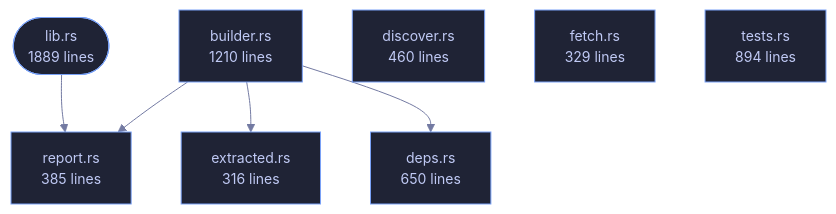
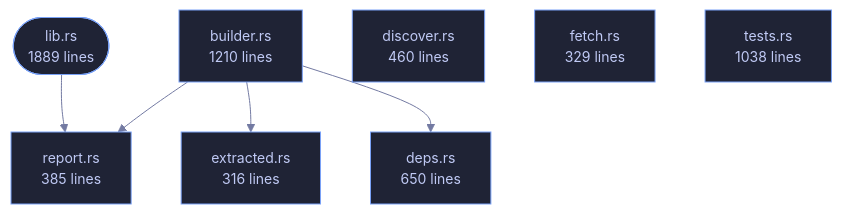
The diagram in wiki/Crate-veilvoice-verify.md (tilas01/veilvoice), drawn with Mermaid before and after one commit. The commit also changed other lines of this file and 17 other files, not shown here.

````diff
--- a/wiki/Crate-veilvoice-verify.md
+++ b/wiki/Crate-veilvoice-verify.md
@@ -80,24 +80,24 @@
 ```mermaid
 %%{init: {"theme":"base","themeVariables":{"background":"#1a1b26","primaryColor":"#1f2335","primaryTextColor":"#c0caf5","primaryBorderColor":"#7aa2f7","secondaryColor":"#16161e","tertiaryColor":"#16161e","lineColor":"#737aa2","textColor":"#c0caf5","mainBkg":"#1f2335","nodeBorder":"#7aa2f7","clusterBkg":"#16161e","clusterBorder":"#2f3549","fontFamily":"ui-monospace, SFMono-Regular, Consolas, monospace","fontSize":"14px"}}}%%
 flowchart TD
     n_lib(["lib.rs<br/>1889 lines"])
     n_builder["builder.rs<br/>1210 lines"]
     n_deps["deps.rs<br/>650 lines"]
     n_discover["discover.rs<br/>460 lines"]
     n_extracted["extracted.rs<br/>316 lines"]
     n_fetch["fetch.rs<br/>329 lines"]
     n_report["report.rs<br/>385 lines"]
-    n_tests["tests.rs<br/>894 lines"]
+    n_tests["tests.rs<br/>1038 lines"]
     n_builder --> n_deps
     n_builder --> n_extracted
     n_builder --> n_report
     n_lib --> n_report
     click n_lib href "https://github.com/tilas01/veilvoice/blob/main/crates/veilvoice-verify/src/lib.rs" "open the source"
     click n_builder href "https://github.com/tilas01/veilvoice/blob/main/crates/veilvoice-verify/src/builder.rs" "open the source"
     click n_deps href "https://github.com/tilas01/veilvoice/blob/main/crates/veilvoice-verify/src/deps.rs" "open the source"
     click n_discover href "https://github.com/tilas01/veilvoice/blob/main/crates/veilvoice-verify/src/discover.rs" "open the source"
     click n_extracted href "https://github.com/tilas01/veilvoice/blob/main/crates/veilvoice-verify/src/extracted.rs" "open the source"
     click n_fetch href "https://github.com/tilas01/veilvoice/blob/main/crates/veilvoice-verify/src/fetch.rs" "open the source"
     click n_report href "https://github.com/tilas01/veilvoice/blob/main/crates/veilvoice-verify/src/report.rs" "open the source"
     click n_tests href "https://github.com/tilas01/veilvoice/blob/main/crates/veilvoice-verify/src/tests.rs" "open the source"
 ```
````
